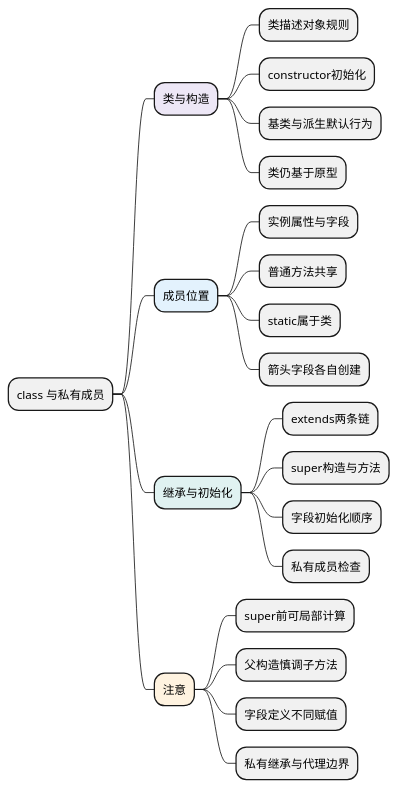
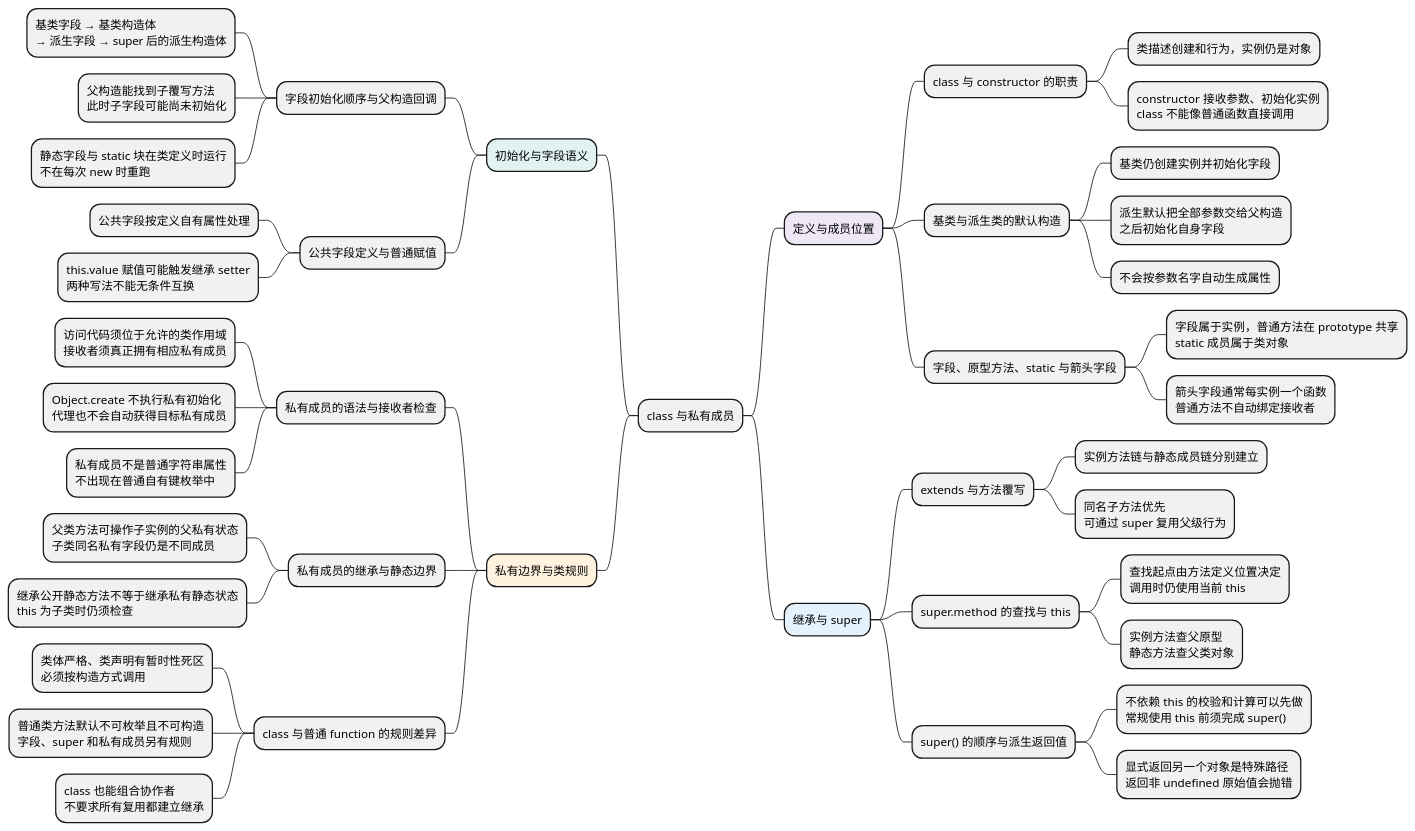
The diagram in docs/AI前端全栈教材/01_JavaScript/03_对象机制/05_class与私有成员.md (chenx18/JAVA), drawn with PlantUML before and after one commit. The commit also changed other lines of this file and 84 other files, not shown here.

````diff
--- a/docs/AI前端全栈教材/01_JavaScript/03_对象机制/05_class与私有成员.md
+++ b/docs/AI前端全栈教材/01_JavaScript/03_对象机制/05_class与私有成员.md
@@ -9,32 +9,54 @@
 ```plantuml
 @startmindmap
 skinparam defaultFontName Microsoft YaHei
 skinparam defaultFontSize 14
 skinparam dpi 100
 skinparam backgroundColor white
 skinparam shadowing false
 
 * class 与私有成员
-**[#EDE7F6] 类与构造
-*** 类描述对象规则
-*** constructor初始化
-*** 基类与派生默认行为
-*** 类仍基于原型
-**[#E3F2FD] 成员位置
-*** 实例属性与字段
-*** 普通方法共享
-*** static属于类
-*** 箭头字段各自创建
-**[#E0F2F1] 继承与初始化
-*** extends两条链
-*** super构造与方法
-*** 字段初始化顺序
-*** 私有成员检查
-**[#FFF3E0] 注意
-*** super前可局部计算
-*** 父构造慎调子方法
-*** 字段定义不同赋值
-*** 私有继承与代理边界
+**[#EDE7F6] 定义与成员位置
+*** class 与 constructor 的职责
+**** 类描述创建和行为，实例仍是对象
+**** constructor 接收参数、初始化实例\nclass 不能像普通函数直接调用
+*** 基类与派生类的默认构造
+**** 基类仍创建实例并初始化字段
+**** 派生默认把全部参数交给父构造\n之后初始化自身字段
+**** 不会按参数名字自动生成属性
+*** 字段、原型方法、static 与箭头字段
+**** 字段属于实例，普通方法在 prototype 共享\nstatic 成员属于类对象
+**** 箭头字段通常每实例一个函数\n普通方法不自动绑定接收者
+**[#E3F2FD] 继承与 super
+*** extends 与方法覆写
+**** 实例方法链与静态成员链分别建立
+**** 同名子方法优先\n可通过 super 复用父级行为
+*** super.method 的查找与 this
+**** 查找起点由方法定义位置决定\n调用时仍使用当前 this
+**** 实例方法查父原型\n静态方法查父类对象
+*** super() 的顺序与派生返回值
+**** 不依赖 this 的校验和计算可以先做\n常规使用 this 前须完成 super()
+**** 显式返回另一个对象是特殊路径\n返回非 undefined 原始值会抛错
+left side
+**[#E0F2F1] 初始化与字段语义
+*** 字段初始化顺序与父构造回调
+**** 基类字段 → 基类构造体\n→ 派生字段 → super 后的派生构造体
+**** 父构造能找到子覆写方法\n此时子字段可能尚未初始化
+**** 静态字段与 static 块在类定义时运行\n不在每次 new 时重跑
+*** 公共字段定义与普通赋值
+**** 公共字段按定义自有属性处理
+**** this.value 赋值可能触发继承 setter\n两种写法不能无条件互换
+**[#FFF3E0] 私有边界与类规则
+*** 私有成员的语法与接收者检查
+**** 访问代码须位于允许的类作用域\n接收者须真正拥有相应私有成员
+**** Object.create 不执行私有初始化\n代理也不会自动获得目标私有成员
+**** 私有成员不是普通字符串属性\n不出现在普通自有键枚举中
+*** 私有成员的继承与静态边界
+**** 父类方法可操作子实例的父私有状态\n子类同名私有字段仍是不同成员
+**** 继承公开静态方法不等于继承私有静态状态\nthis 为子类时仍须检查
+*** class 与普通 function 的规则差异
+**** 类体严格、类声明有暂时性死区\n必须按构造方式调用
+**** 普通类方法默认不可枚举且不可构造\n字段、super 和私有成员另有规则
+**** class 也能组合协作者\n不要求所有复用都建立继承
 
 @endmindmap
 ```
````
